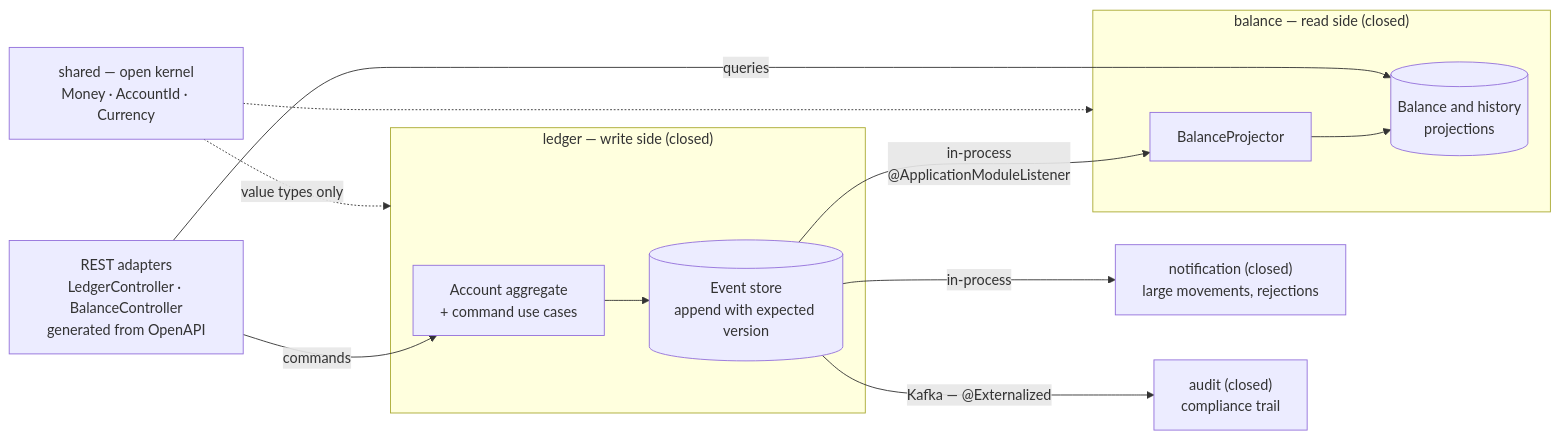
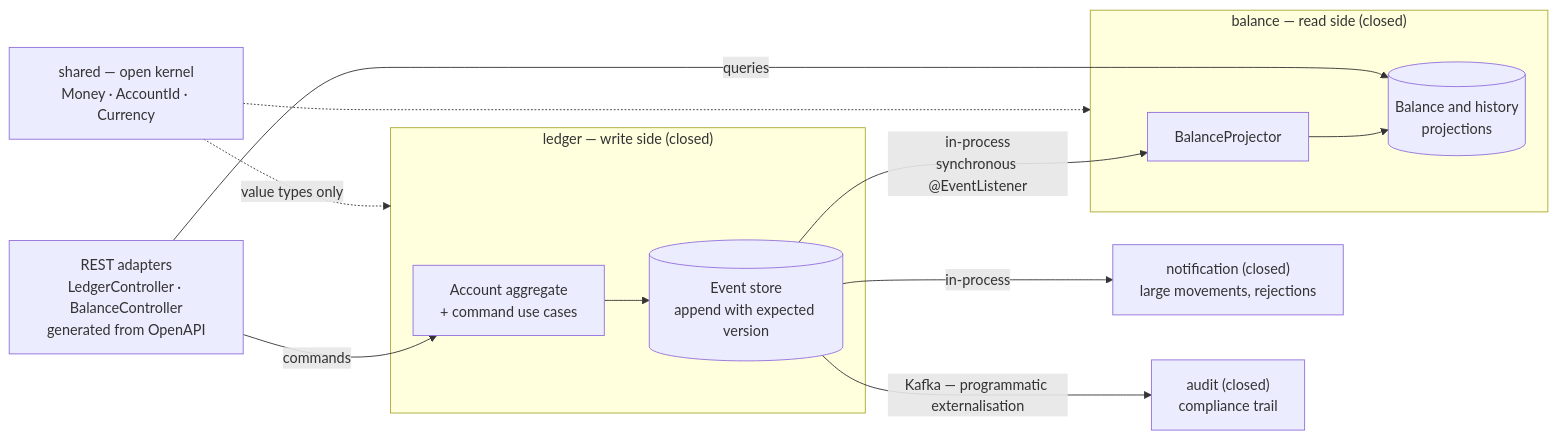
Before and after one commit to ffroliva/tiny-ledger: the second of 3 diagrams in docs/architecture.md, drawn with Mermaid. The commit also changed other lines of this file and 6 other files, not shown here.

````diff
--- a/docs/architecture.md
+++ b/docs/architecture.md
@@ -66,29 +66,29 @@
 ```mermaid
 flowchart LR
     WEB["REST adapters<br/>LedgerController · BalanceController<br/>generated from OpenAPI"]
 
     subgraph ledger["ledger — write side (closed)"]
         LD["Account aggregate<br/>+ command use cases"]
         ES[("Event store<br/>append with expected version")]
         LD --> ES
     end
 
     subgraph balance["balance — read side (closed)"]
         BP["BalanceProjector"]
         BV[("Balance and history<br/>projections")]
         BP --> BV
     end
 
     NOT["notification (closed)<br/>large movements, rejections"]
     AUD["audit (closed)<br/>compliance trail"]
     SH["shared — open kernel<br/>Money · AccountId · Currency"]
 
     WEB -->|commands| LD
     WEB -->|queries| BV
-    ES -->|"in-process<br/>@ApplicationModuleListener"| BP
+    ES -->|"in-process<br/>synchronous @EventListener"| BP
     ES -->|"in-process"| NOT
-    ES -->|"Kafka — @Externalized"| AUD
+    ES -->|"Kafka — programmatic externalisation"| AUD
 
     SH -.->|value types only| ledger
     SH -.-> balance
 ```
````
